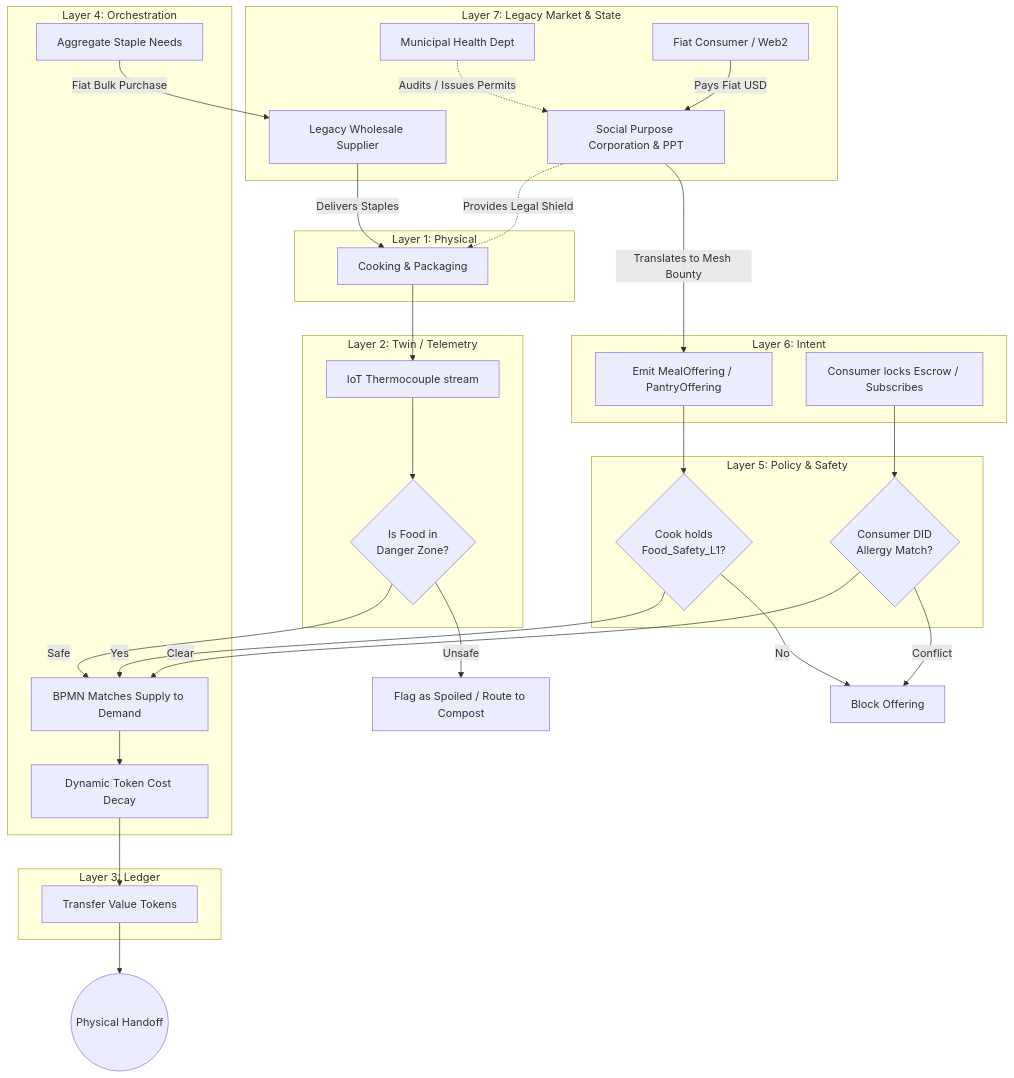
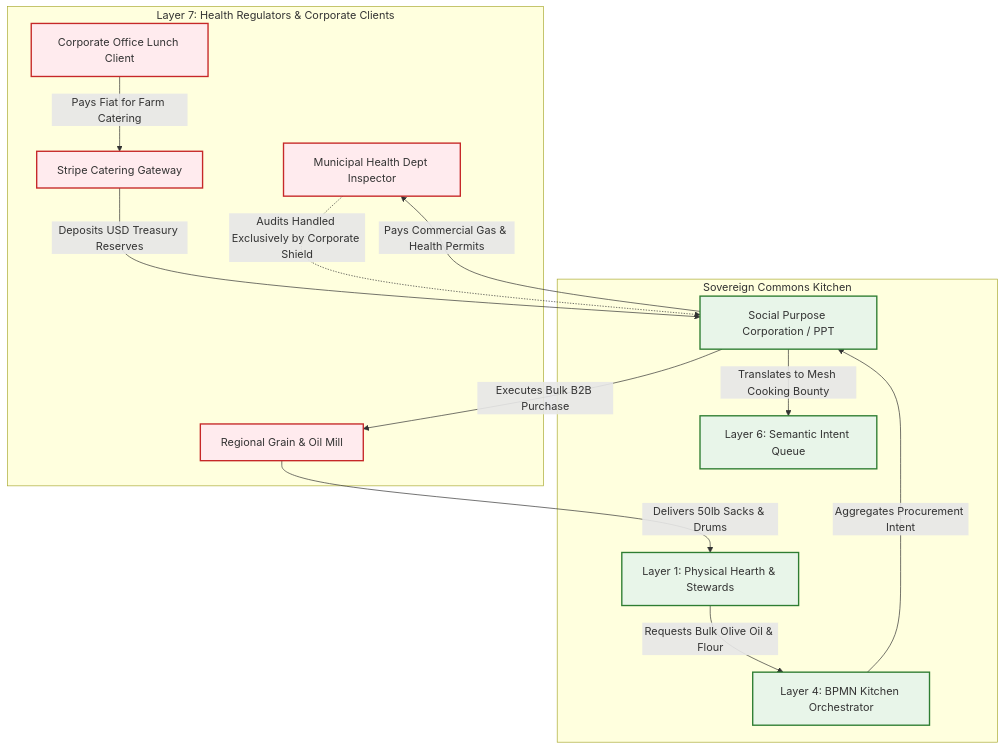
One commit to raffaine/collective changed the fourth of 4 diagrams in docs/scenarios/gamma_kitchen.md. Above: the diagram before and after it, drawn with Mermaid. The commit also changed other lines of this file and 62 other files, not shown here.

First line of the commit message:
feat(sprint-1): Oasis V4 WebGPU Engine & Sovereign Stack V2 Architecture

````diff
--- a/docs/scenarios/gamma_kitchen.md
+++ b/docs/scenarios/gamma_kitchen.md
@@ -69,65 +176,35 @@
 ```mermaid
 graph TD
-    subgraph Layer 7: Legacy Market & State
-        Inspector[Municipal Health Dept]
-        Supplier[Legacy Wholesale Supplier]
-        LegacyEater[Fiat Consumer / Web2]
-        SPC[Social Purpose Corporation & PPT]
+    subgraph Legacy Environment [Layer 7: Health Regulators & Corporate Clients]
+        HealthDept[Municipal Health Dept Inspector]
+        CorpClient[Corporate Office Lunch Client]
+        StripeGateway[Stripe Catering Gateway]
+        WholesaleSupplier[Regional Grain & Oil Mill]
     end
 
-    subgraph Layer 6: Intent
-        Cook[Emit MealOffering / PantryOffering]
-        Eater[Consumer locks Escrow / Subscribes]
+    subgraph Sovereign Node [Sovereign Commons Kitchen]
+        SPC[Social Purpose Corporation / PPT]
+        L6[Layer 6: Semantic Intent Queue]
+        L4[Layer 4: BPMN Kitchen Orchestrator]
+        L1[Layer 1: Physical Hearth & Stewards]
     end
 
-    subgraph Layer 5: Policy & Safety
-        CredCheck{Cook holds <br>Food_Safety_L1?}
-        AllergyCheck{Consumer DID <br>Allergy Match?}
-    end
+    %% Inbound Fiat Flow
+    CorpClient -->|Pays Fiat for Farm Catering| StripeGateway
+    StripeGateway -->|Deposits USD Treasury Reserves| SPC
+    SPC -->|Pays Commercial Gas & Health Permits| HealthDept
+    SPC -->|Translates to Mesh Cooking Bounty| L6
 
-    subgraph Layer 4: Orchestration
-        Queue[BPMN Matches Supply to Demand]
-        Decay[Dynamic Token Cost Decay]
-        Procure[Aggregate Staple Needs]
-    end
+    %% Outbound Staple Leeching
+    L1 -->|Requests Bulk Olive Oil & Flour| L4
+    L4 -->|Aggregates Procurement Intent| SPC
+    SPC -->|Executes Bulk B2B Purchase| WholesaleSupplier
+    WholesaleSupplier -->|Delivers 50lb Sacks & Drums| L1
 
-    subgraph Layer 3: Ledger
-        TokenTransfer[Transfer Value Tokens]
-    end
+    HealthDept -.->|Audits Handled Exclusively by Corporate Shield| SPC
 
-    subgraph Layer 2: Twin / Telemetry
-        Sensor[IoT Thermocouple stream]
-        ZoneCheck{Is Food in <br>Danger Zone?}
-    end
-
-    subgraph Layer 1: Physical
-        Action[Cooking & Packaging]
-    end
-
-    %% Layer 7 Interactions
-    Inspector -.->|Audits / Issues Permits| SPC
-    SPC -.->|Provides Legal Shield| Action
-    Procure -->|Fiat Bulk Purchase| Supplier
-    Supplier -->|Delivers Staples| Action
-    LegacyEater -->|Pays Fiat USD| SPC
-    SPC -->|Translates to Mesh Bounty| Cook
-
-    %% Internal Mesh Flow
-    Cook --> CredCheck
-    CredCheck -->|Yes| Queue
-    CredCheck -->|No| Reject[Block Offering]
-    
-    Action --> Sensor
-    Sensor --> ZoneCheck
-    
-    ZoneCheck -->|Safe| Queue
-    ZoneCheck -->|Unsafe| Spoil[Flag as Spoiled / Route to Compost]
-    
-    Eater --> AllergyCheck
-    AllergyCheck -->|Clear| Queue
-    AllergyCheck -->|Conflict| Reject
-    
-    Queue --> Decay
-    Decay --> TokenTransfer
-    TokenTransfer --> Handoff((Physical Handoff))
+    classDef legacy fill:#ffebee,stroke:#c62828,stroke-width:2px;
+    classDef sovereign fill:#e8f5e9,stroke:#2e7d32,stroke-width:2px;
+    class HealthDept,CorpClient,StripeGateway,WholesaleSupplier legacy;
+    class SPC,L6,L4,L1 sovereign;
 ```
````
